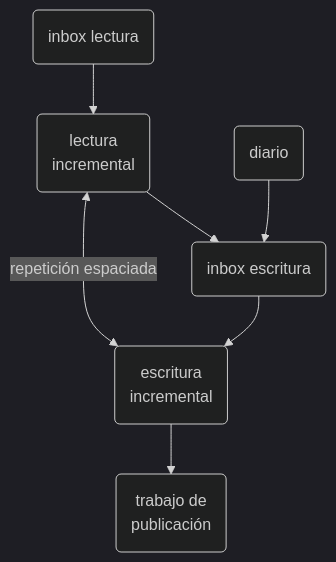
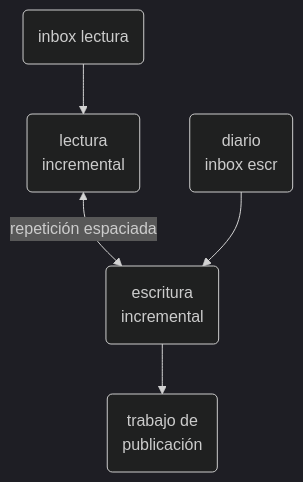
One commit to abrahambahez/notas changed the second of 2 diagrams in mi proceso de toma de notas 2023.md. Above: the diagram before and after it, drawn with Mermaid (dark theme). The commit also changed other lines of this file and 257 other files, not shown here.

````diff
--- a/mi proceso de toma de notas 2023.md
+++ b/mi proceso de toma de notas 2023.md
@@ -40,9 +41,7 @@
 ```mermaid
 graph TD
 L1(inbox lectura) --> L2(lectura<br/>incremental)
 L2 <--"repetición espaciada"-->E2(escritura<br/>incremental)
-L2 --> E1
-E(diario) --> E1(inbox escritura)
-E1 --> E2
+E(diario<br/>inbox escr) --> E2
 E2 --> E3(trabajo de<br/>publicación)
 ```
````
